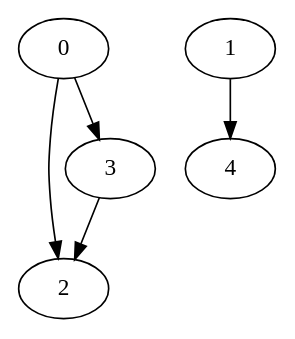
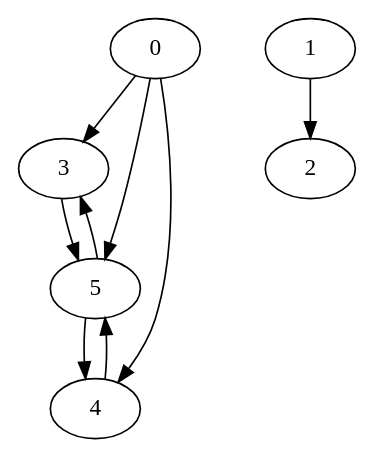
One commit to XushengLuo92/Hierarchical-LTL changed the diagram in routing_graph.dot. Above: the diagram before and after it, drawn with Graphviz. The commit also changed 8 other files, not shown here.

```diff
--- a/routing_graph.dot
+++ b/routing_graph.dot
@@ -1,12 +1,17 @@
 strict digraph "" {
 	graph [type=routing_graph];
 	0	[location_type_component_task_element="['r1', 1, 1, -1]"];
-	2	[location_type_component_task_element="['p7', 1, 1, 'p0', 2]"];
-	0 -> 2	[weight=10];
-	3	[location_type_component_task_element="['p4', 1, 1, 'p100', 2]"];
+	3	[location_type_component_task_element="['p3', 1, 1, 'p100', 2]"];
 	0 -> 3	[weight=10];
+	4	[location_type_component_task_element="['p4', 1, 1, 'p200', 1]"];
+	0 -> 4	[weight=10];
+	5	[location_type_component_task_element="['p5', 1, 1, 'p300', 1]"];
+	0 -> 5	[weight=10];
 	1	[location_type_component_task_element="['r2', 2, 1, -1]"];
-	4	[location_type_component_task_element="['p3', 2, 1, 'p200', 1]"];
-	1 -> 4	[weight=10];
-	3 -> 2	[weight=10];
+	2	[location_type_component_task_element="['p2', 2, 1, 'p100', 1]"];
+	1 -> 2	[weight=10];
+	3 -> 5	[weight=10];
+	4 -> 5	[weight=10];
+	5 -> 3	[weight=10];
+	5 -> 4	[weight=10];
 }
```
